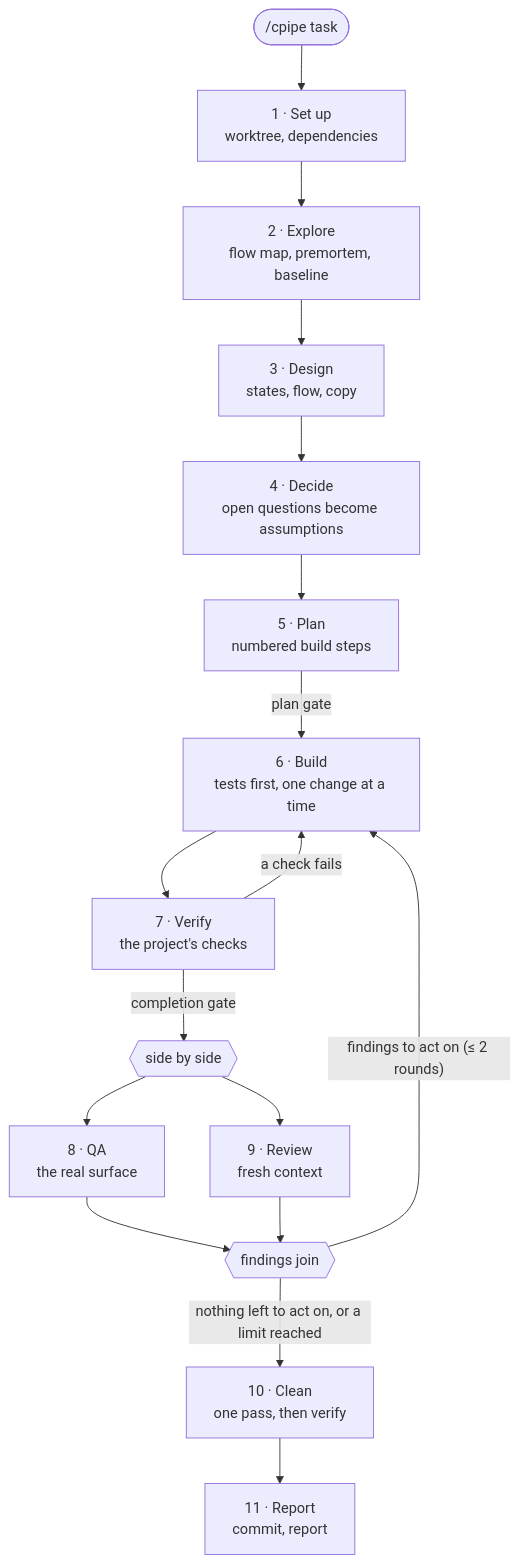
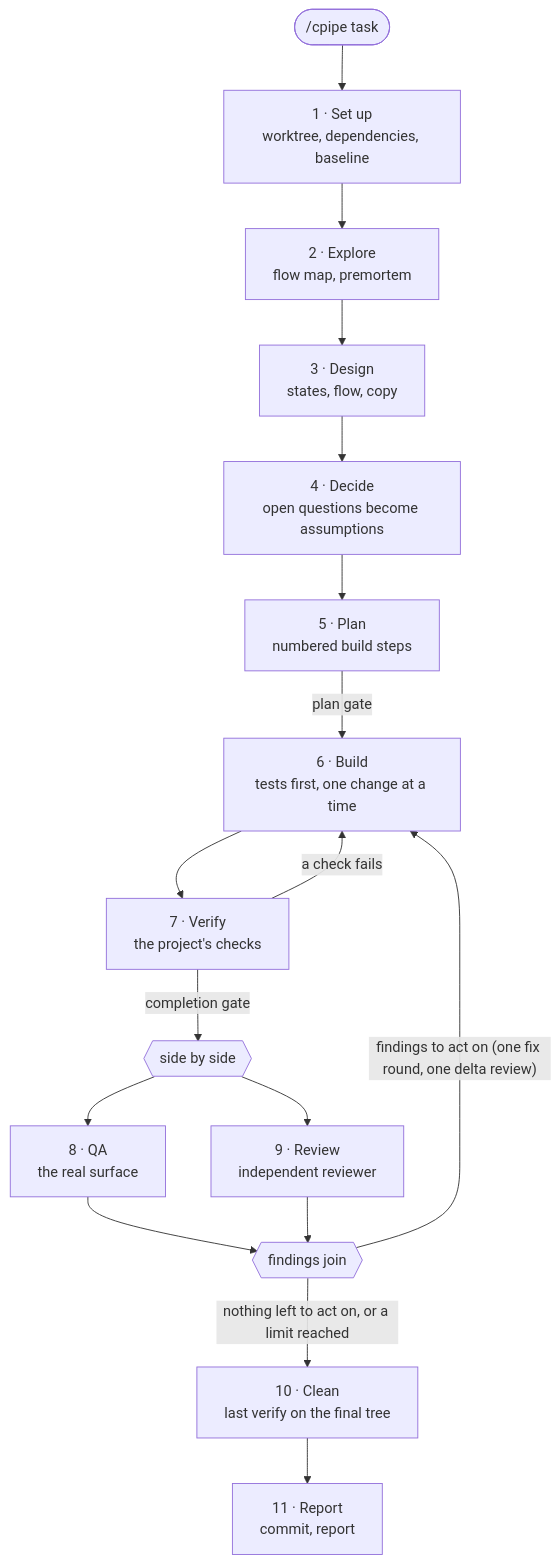
The first of 2 diagrams in README.md (chryzxc/cpipe), drawn with Mermaid before and after one commit. The commit also changed other lines of this file and 15 other files, not shown here.

First line of the commit message:
feat(run): one warm builder, thin coordinator, capped review and QA

````diff
--- a/README.md
+++ b/README.md
@@ -148,19 +150,19 @@
 ```mermaid
 flowchart TD
-    T(["/cpipe task"]) --> S1["1 · Set up<br/>worktree, dependencies"]
-    S1 --> S2["2 · Explore<br/>flow map, premortem, baseline"]
+    T(["/cpipe task"]) --> S1["1 · Set up<br/>worktree, dependencies, baseline"]
+    S1 --> S2["2 · Explore<br/>flow map, premortem"]
     S2 --> S3["3 · Design<br/>states, flow, copy"]
     S3 --> S4["4 · Decide<br/>open questions become assumptions"]
     S4 --> S5["5 · Plan<br/>numbered build steps"]
     S5 -->|plan gate| S6["6 · Build<br/>tests first, one change at a time"]
     S6 --> S7["7 · Verify<br/>the project's checks"]
     S7 -->|a check fails| S6
     S7 -->|completion gate| FORK{{"side by side"}}
     FORK --> S8["8 · QA<br/>the real surface"]
-    FORK --> S9["9 · Review<br/>fresh context"]
+    FORK --> S9["9 · Review<br/>independent reviewer"]
     S8 --> JOIN{{"findings join"}}
     S9 --> JOIN
-    JOIN -->|"findings to act on (≤ 2 rounds)"| S6
-    JOIN -->|nothing left to act on, or a limit reached| S10["10 · Clean<br/>one pass, then verify"]
+    JOIN -->|"findings to act on (one fix round, one delta review)"| S6
+    JOIN -->|nothing left to act on, or a limit reached| S10["10 · Clean<br/>last verify on the final tree"]
     S10 --> S11["11 · Report<br/>commit, report"]
 ```
````
